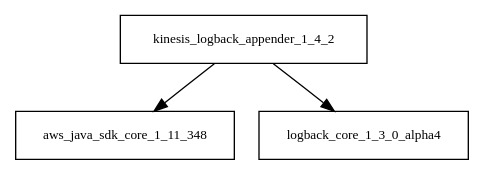
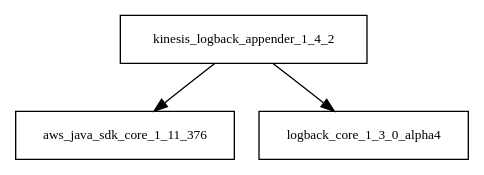
One commit to sjvs/cia changed the diagram in tattleTaleReport/graphviz/kinesis-logback-appender-1.4.2.jar/kinesis-logback-appender-1.4.2.jar.dot. Above: the diagram before and after it, drawn with Graphviz. The commit also changed 2737 other files, not shown here.

```diff
--- a/tattleTaleReport/graphviz/kinesis-logback-appender-1.4.2.jar/kinesis-logback-appender-1.4.2.jar.dot
+++ b/tattleTaleReport/graphviz/kinesis-logback-appender-1.4.2.jar/kinesis-logback-appender-1.4.2.jar.dot
@@ -1,5 +1,5 @@
 digraph kinesis_logback_appender_1_4_2_dependencies {
   node [shape = box, fontsize=10.0];
-  kinesis_logback_appender_1_4_2 -> aws_java_sdk_core_1_11_348;
+  kinesis_logback_appender_1_4_2 -> aws_java_sdk_core_1_11_376;
   kinesis_logback_appender_1_4_2 -> logback_core_1_3_0_alpha4;
 }
```
